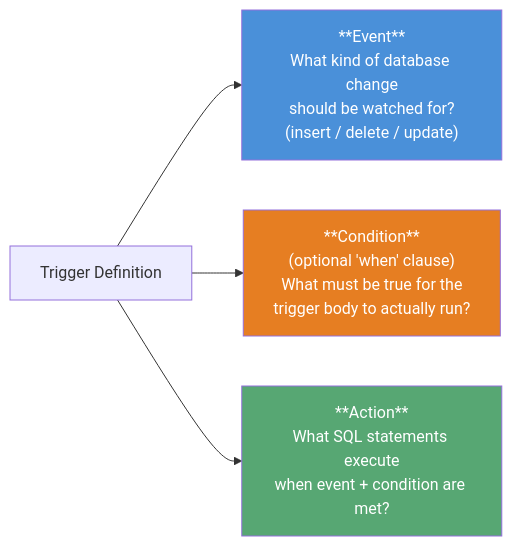
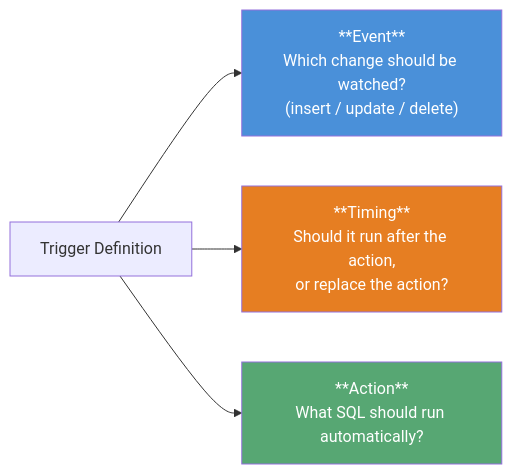
The tenth of 12 diagrams in Part-2-SQL-and-Application-Design/Chapter-05-Advanced-SQL/README.md (M-F-Tushar/CSE-2203-2204-Database-Management-System-Sessional), drawn with Mermaid before and after one commit. The commit also changed other lines of this file, not shown here.

````diff
--- a/Part-2-SQL-and-Application-Design/Chapter-05-Advanced-SQL/README.md
+++ b/Part-2-SQL-and-Application-Design/Chapter-05-Advanced-SQL/README.md
@@ -407,10 +437,10 @@
 ```mermaid
 graph LR
-    T[Trigger Definition] --> EV["**Event**<br/>What kind of database change<br/>should be watched for?<br/>(insert / delete / update)"]
-    T --> CD["**Condition**<br/>(optional 'when' clause)<br/>What must be true for the<br/>trigger body to actually run?"]
-    T --> AC["**Action**<br/>What SQL statements execute<br/>when event + condition are met?"]
+    T[Trigger Definition] --> EV["**Event**<br/>Which change should be watched?<br/>(insert / update / delete)"]
+    T --> TM["**Timing**<br/>Should it run after the action,<br/>or replace the action?"]
+    T --> AC["**Action**<br/>What SQL should run automatically?"]
 
     style EV fill:#4a90d9,color:#fff
-    style CD fill:#e67e22,color:#fff
+    style TM fill:#e67e22,color:#fff
     style AC fill:#57a773,color:#fff
 ```
````
